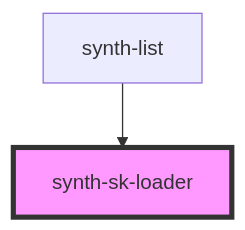
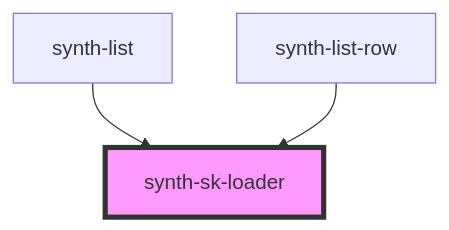
One commit to adrianiy/synth-ui changed the diagram in packages/synth-components/src/components/skeleton-loader/readme.md. Above: the diagram before and after it, drawn with Mermaid. The commit also changed other lines of this file and 15 other files, not shown here.

````diff
--- a/packages/synth-components/src/components/skeleton-loader/readme.md
+++ b/packages/synth-components/src/components/skeleton-loader/readme.md
@@ -23,5 +24,6 @@
 ```mermaid
 graph TD;
   synth-list --> synth-sk-loader
+  synth-list-row --> synth-sk-loader
   style synth-sk-loader fill:#f9f,stroke:#333,stroke-width:4px
 ```
````
